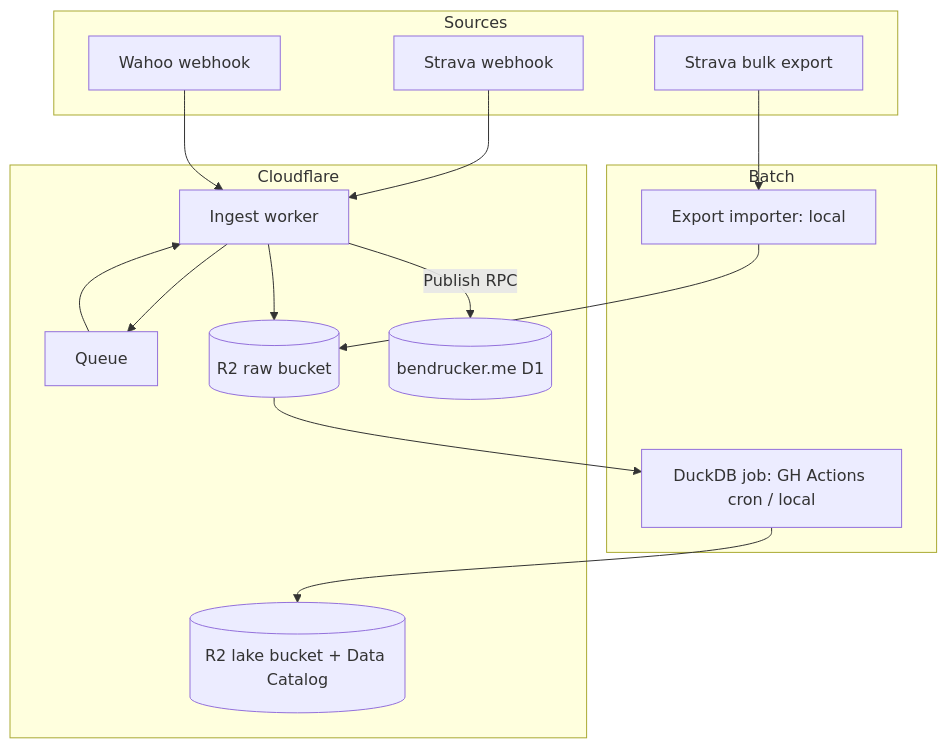
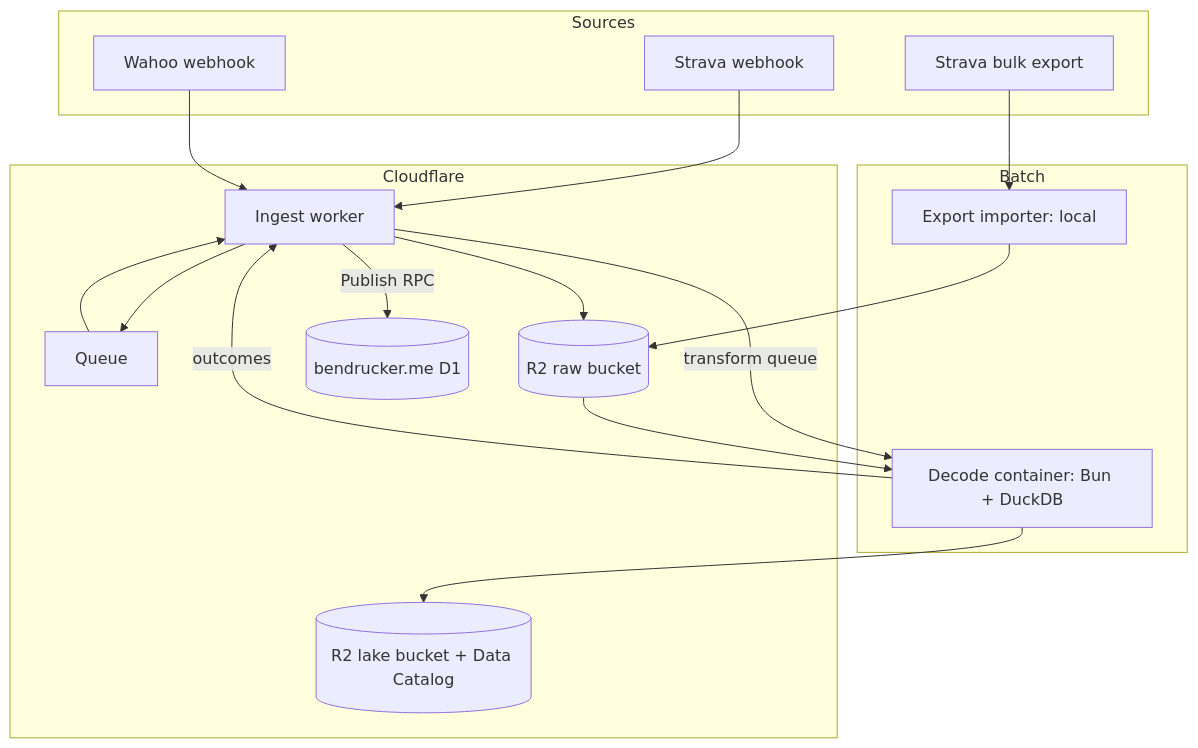
The diagram in docs/design.md (bendrucker/activity-hub), drawn with Mermaid before and after one commit. The commit also changed other lines of this file, not shown here.

First line of the commit message:
Record the settled transform decisions

````diff
--- a/docs/design.md
+++ b/docs/design.md
@@ -22,26 +22,28 @@
 ```mermaid
 flowchart TB
     subgraph sources [Sources]
         sw[Strava webhook]
         ww[Wahoo webhook]
         se[Strava bulk export]
     end
     subgraph cf [Cloudflare]
         ingest[Ingest worker]
         q[Queue]
         raw[(R2 raw bucket)]
         lake[(R2 lake bucket + Data Catalog)]
         d1[(bendrucker.me D1)]
     end
     subgraph batch [Batch]
-        duck[DuckDB job: GH Actions cron / local]
+        decode[Decode container: Bun + DuckDB]
         importer[Export importer: local]
     end
     sw --> ingest
     ww --> ingest
     ingest --> q --> ingest
     ingest --> raw
     ingest -- Publish RPC --> d1
     se --> importer --> raw
-    raw --> duck --> lake
+    ingest -- transform queue --> decode
+    raw --> decode --> lake
+    decode -- outcomes --> ingest
 ```
````
